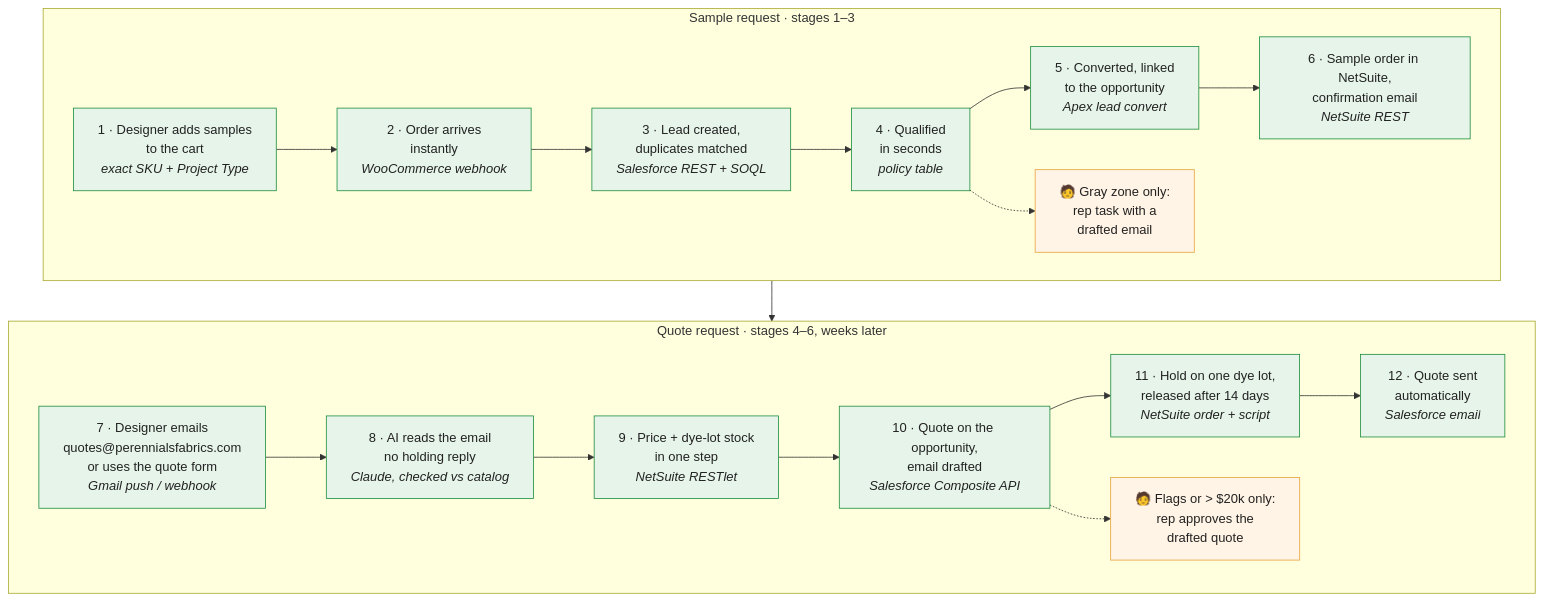
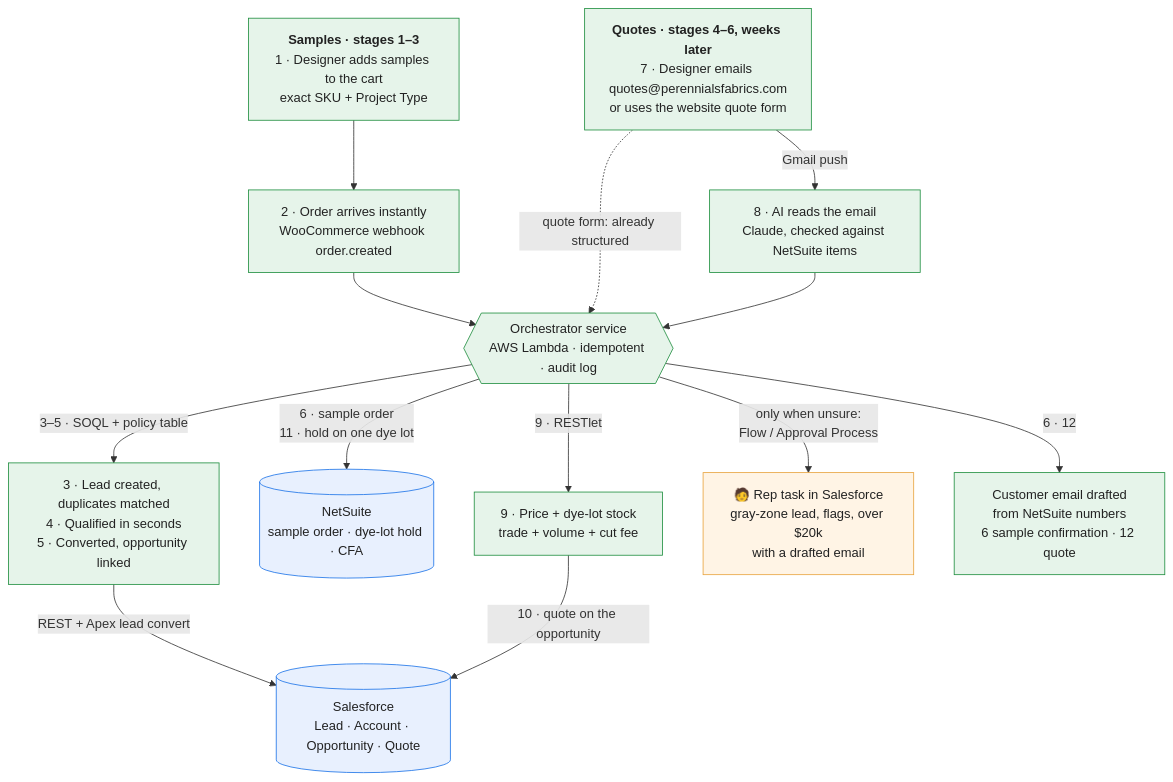
Before and after one commit to bennettdavisv2/perennials-sample-to-quote: the second of 2 diagrams in README.md, drawn with Mermaid. The commit also changed other lines of this file, not shown here.

Commit message:
README: restore hub-style new-flow diagram, samples first with step numbers
- Orchestrator hub with Salesforce/NetSuite as systems of record, as before
- Samples (stages 1-3) and quotes (stages 4-6) start side by side, samples
  on the left; every box and arrow carries the step number from the
  "Today" diagram so readers can map old to new

````diff
--- a/README.md
+++ b/README.md
@@ -28,18 +28,21 @@
 ```mermaid
 flowchart TB
-  subgraph S["Sample request · stages 1–3"]
-    direction LR
-    n1["1 · Designer adds samples<br/>to the cart<br/><i>exact SKU + Project Type</i>"] --> n2["2 · Order arrives<br/>instantly<br/><i>WooCommerce webhook</i>"] --> n3["3 · Lead created,<br/>duplicates matched<br/><i>Salesforce REST + SOQL</i>"] --> n4["4 · Qualified<br/>in seconds<br/><i>policy table</i>"] --> n5["5 · Converted, linked<br/>to the opportunity<br/><i>Apex lead convert</i>"] --> n6["6 · Sample order in NetSuite,<br/>confirmation email<br/><i>NetSuite REST</i>"]
-    n4 -.-> h4["🧑 Gray zone only:<br/>rep task with a<br/>drafted email"]
-  end
-  subgraph Q["Quote request · stages 4–6, weeks later"]
-    direction LR
-    n7["7 · Designer emails<br/>quotes@perennialsfabrics.com<br/>or uses the quote form<br/><i>Gmail push / webhook</i>"] --> n8["8 · AI reads the email<br/>no holding reply<br/><i>Claude, checked vs catalog</i>"] --> n9["9 · Price + dye-lot stock<br/>in one step<br/><i>NetSuite RESTlet</i>"] --> n10["10 · Quote on the opportunity,<br/>email drafted<br/><i>Salesforce Composite API</i>"] --> n11["11 · Hold on one dye lot,<br/>released after 14 days<br/><i>NetSuite order + script</i>"] --> n12["12 · Quote sent<br/>automatically<br/><i>Salesforce email</i>"]
-    n10 -.-> h10["🧑 Flags or > $20k only:<br/>rep approves the<br/>drafted quote"]
-  end
-  S --> Q
+  s1["<b>Samples · stages 1–3</b><br/>1 · Designer adds samples to the cart<br/>exact SKU + Project Type"] --> wh["2 · Order arrives instantly<br/>WooCommerce webhook order.created"]
+  wh --> orch
+  q1["<b>Quotes · stages 4–6, weeks later</b><br/>7 · Designer emails quotes@perennialsfabrics.com<br/>or uses the website quote form"] -- "Gmail push" --> ai["8 · AI reads the email<br/>Claude, checked against NetSuite items"]
+  q1 -. "quote form: already structured" .-> orch
+  ai --> orch{{"Orchestrator service<br/>AWS Lambda · idempotent · audit log"}}
+  orch -- "3–5 · SOQL + policy table" --> dq["3 · Lead created, duplicates matched<br/>4 · Qualified in seconds<br/>5 · Converted, opportunity linked"]
+  dq -- "REST + Apex lead convert" --> sf[("Salesforce<br/>Lead · Account · Opportunity · Quote")]
+  orch -- "6 · sample order<br/>11 · hold on one dye lot" --> ns[("NetSuite<br/>sample order · dye-lot hold · CFA")]
+  orch -- "9 · RESTlet" --> pr["9 · Price + dye-lot stock<br/>trade + volume + cut fee"]
+  pr -- "10 · quote on the opportunity" --> sf
+  orch -- "only when unsure:<br/>Flow / Approval Process" --> rv["🧑 Rep task in Salesforce<br/>gray-zone lead, flags, over $20k<br/>with a drafted email"]
+  orch -- "6 · 12" --> em["Customer email drafted<br/>from NetSuite numbers<br/>6 sample confirmation · 12 quote"]
   classDef auto fill:#e6f4ea,stroke:#1e8e3e,color:#222
   classDef human fill:#fff4e5,stroke:#e8a33d,color:#222
-  class n1,n2,n3,n4,n5,n6,n7,n8,n9,n10,n11,n12 auto
-  class h4,h10 human
+  classDef sys fill:#e8f0fe,stroke:#1a73e8,color:#222
+  class s1,wh,q1,ai,orch,dq,pr,em auto
+  class rv human
+  class sf,ns sys
 ```
````
